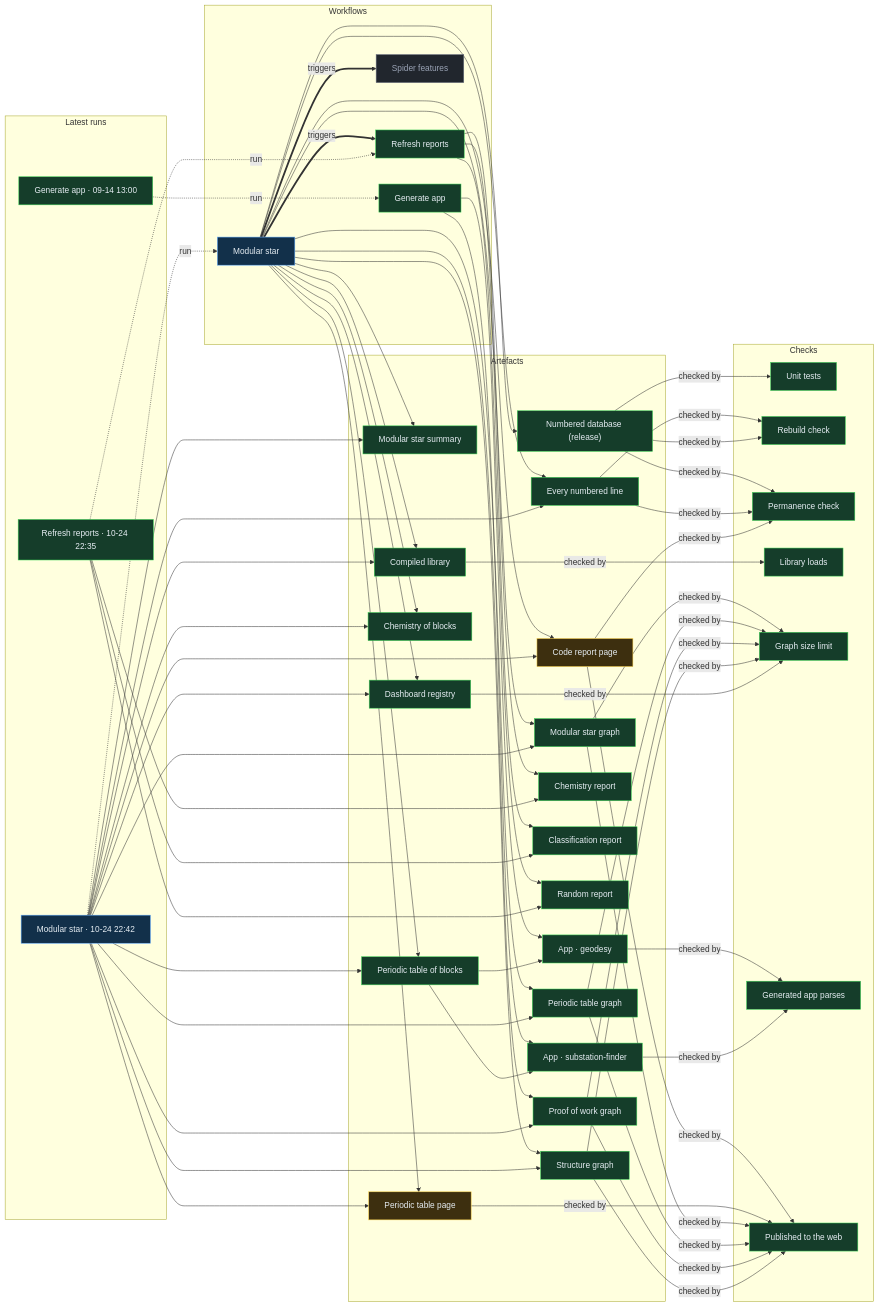
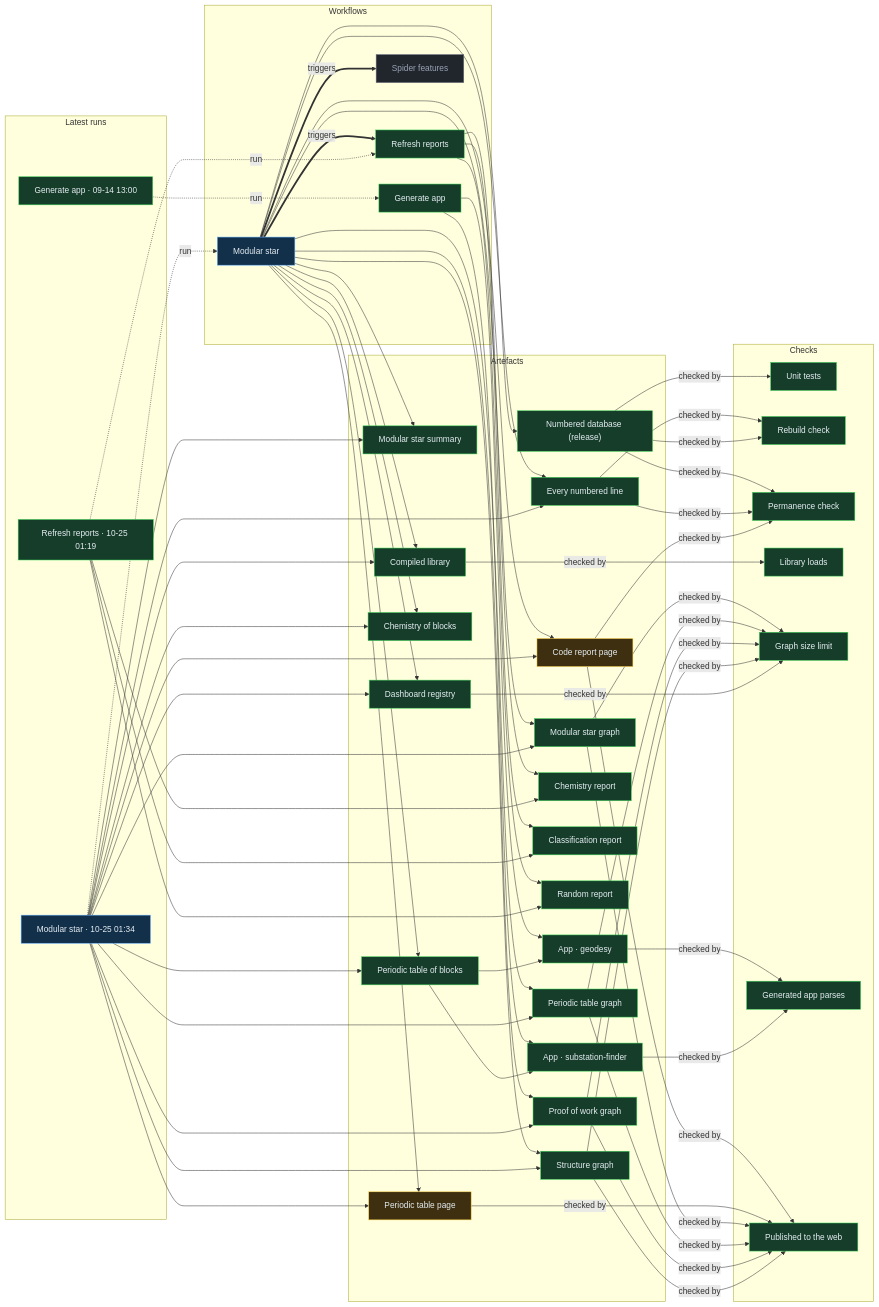
The diagram in proof/PROOF.md (Ventusltd/stars), drawn with Mermaid before and after one commit. The commit also changed other lines of this file and 35 other files, not shown here.

Commit message:
Modular star 2026-10-25T01:36Z

```diff
--- a/proof/PROOF.md
+++ b/proof/PROOF.md
@@ -24,8 +24,8 @@
   n_wf_spider_features["Spider features"]:::off
   end
   subgraph g_runs["Latest runs"]
-  n_run_40139701447["Modular star · 10-24 22:42"]:::live
-  n_run_40139204846["Refresh reports · 10-24 22:35"]:::ok
+  n_run_40151148631["Modular star · 10-25 01:34"]:::live
+  n_run_40150188754["Refresh reports · 10-25 01:19"]:::ok
   n_run_34846587798["Generate app · 09-14 13:00"]:::ok
   end
   subgraph g_artefacts["Artefacts"]
@@ -59,39 +59,39 @@
   end
   n_wf_modular_star == triggers ==> n_wf_refresh
   n_wf_modular_star == triggers ==> n_wf_spider_features
-  n_run_40139701447 -. run .-> n_wf_modular_star
-  n_run_40139204846 -. run .-> n_wf_refresh
+  n_run_40151148631 -. run .-> n_wf_modular_star
+  n_run_40150188754 -. run .-> n_wf_refresh
   n_run_34846587798 -. run .-> n_wf_generate
   n_wf_modular_star --> n_art_summary
-  n_run_40139701447 --> n_art_summary
+  n_run_40151148631 --> n_art_summary
   n_wf_modular_star --> n_art_lines
-  n_run_40139701447 --> n_art_lines
+  n_run_40151148631 --> n_art_lines
   n_wf_modular_star --> n_art_code
-  n_run_40139701447 --> n_art_code
+  n_run_40151148631 --> n_art_code
   n_wf_modular_star --> n_art_modular_graph
-  n_run_40139701447 --> n_art_modular_graph
+  n_run_40151148631 --> n_art_modular_graph
   n_wf_modular_star --> n_art_blocks
-  n_run_40139701447 --> n_art_blocks
+  n_run_40151148631 --> n_art_blocks
   n_wf_modular_star --> n_art_table
-  n_run_40139701447 --> n_art_table
+  n_run_40151148631 --> n_art_table
   n_wf_modular_star --> n_art_blocks_graph
-  n_run_40139701447 --> n_art_blocks_graph
+  n_run_40151148631 --> n_art_blocks_graph
   n_wf_modular_star --> n_art_reactions
-  n_run_40139701447 --> n_art_reactions
+  n_run_40151148631 --> n_art_reactions
   n_wf_modular_star --> n_art_library
-  n_run_40139701447 --> n_art_library
+  n_run_40151148631 --> n_art_library
   n_wf_modular_star --> n_art_features
-  n_run_40139701447 --> n_art_features
+  n_run_40151148631 --> n_art_features
   n_wf_modular_star --> n_art_proof
-  n_run_40139701447 --> n_art_proof
+  n_run_40151148631 --> n_art_proof
   n_wf_modular_star --> n_art_structure
-  n_run_40139701447 --> n_art_structure
+  n_run_40151148631 --> n_art_structure
   n_wf_refresh --> n_art_chemistry
-  n_run_40139204846 --> n_art_chemistry
+  n_run_40150188754 --> n_art_chemistry
   n_wf_refresh --> n_art_vedic
-  n_run_40139204846 --> n_art_vedic
+  n_run_40150188754 --> n_art_vedic
   n_wf_refresh --> n_art_random
-  n_run_40139204846 --> n_art_random
+  n_run_40150188754 --> n_art_random
   n_wf_modular_star --> n_art_release
   n_wf_generate --> n_app_geodesy
   n_art_blocks --> n_app_geodesy
```
